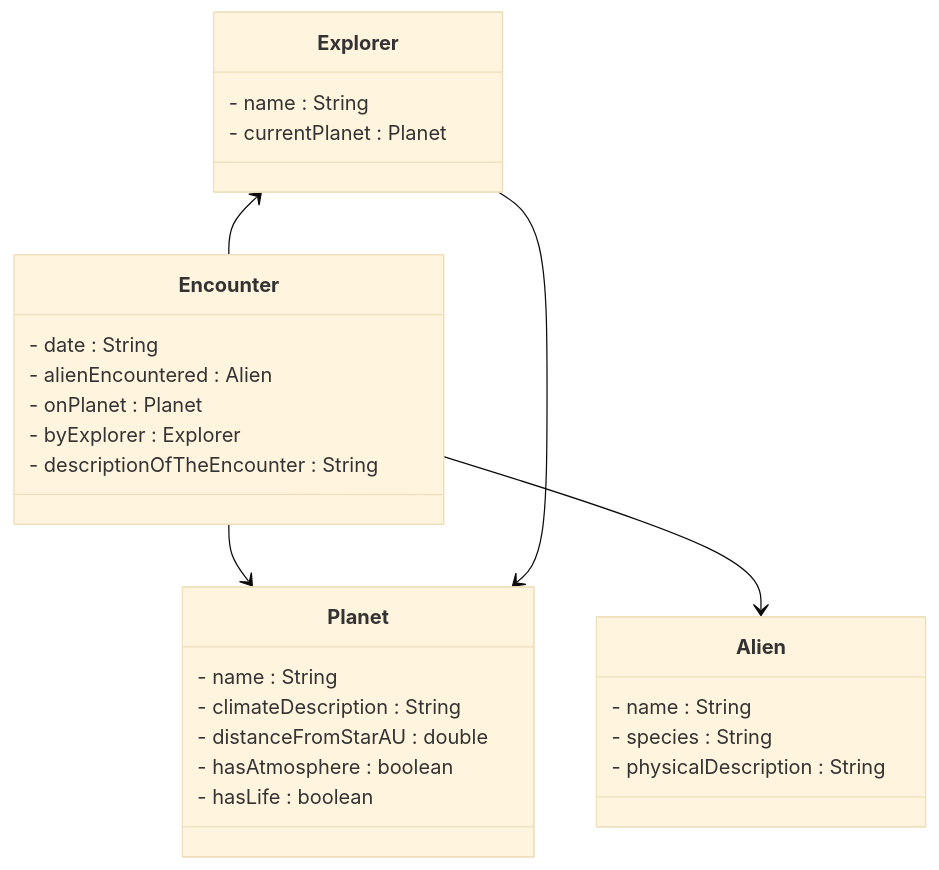
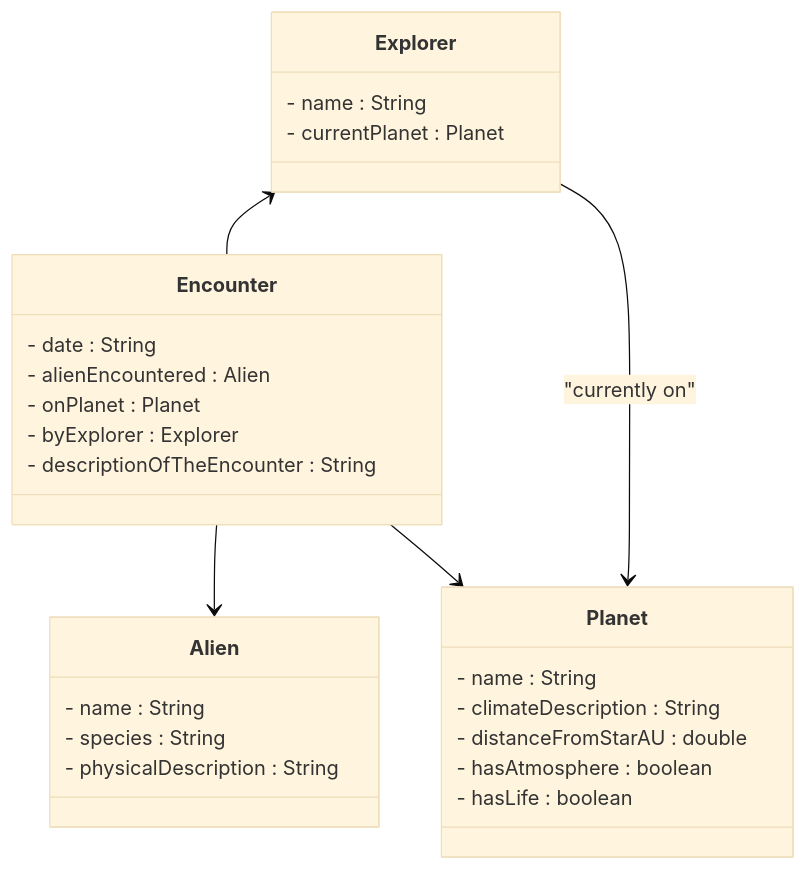
One commit to TroelsMortensen/Codelabs2 changed the second of 2 diagrams in Articles/Session 20 - Application design/005 Domain.md. Above: the diagram before and after it, drawn with Mermaid (base theme). The commit also changed other lines of this file and 4 other files, not shown here.

````diff
--- a/Articles/Session 20 - Application design/005 Domain.md
+++ b/Articles/Session 20 - Application design/005 Domain.md
@@ -42,34 +42,34 @@
 ```mermaid
 classDiagram
     class Alien {
         - name : String
         - species : String
         - physicalDescription : String
     }
 
     class Planet {
         - name : String
         - climateDescription : String
         - distanceFromStarAU : double
         - hasAtmosphere : boolean
         - hasLife : boolean
     }
 
     class Encounter {
         - date : String
         - alienEncountered : Alien
         - onPlanet : Planet
         - byExplorer : Explorer
         - descriptionOfTheEncounter : String
     }
 
     class Explorer {
         - name : String
         - currentPlanet : Planet
     }
 
+    Encounter --> Alien
     Encounter --> Planet
-    Encounter --> Alien
     Explorer <-- Encounter
-    Explorer --> Planet
+    Explorer --> Planet : "currently on"
 ```
````
